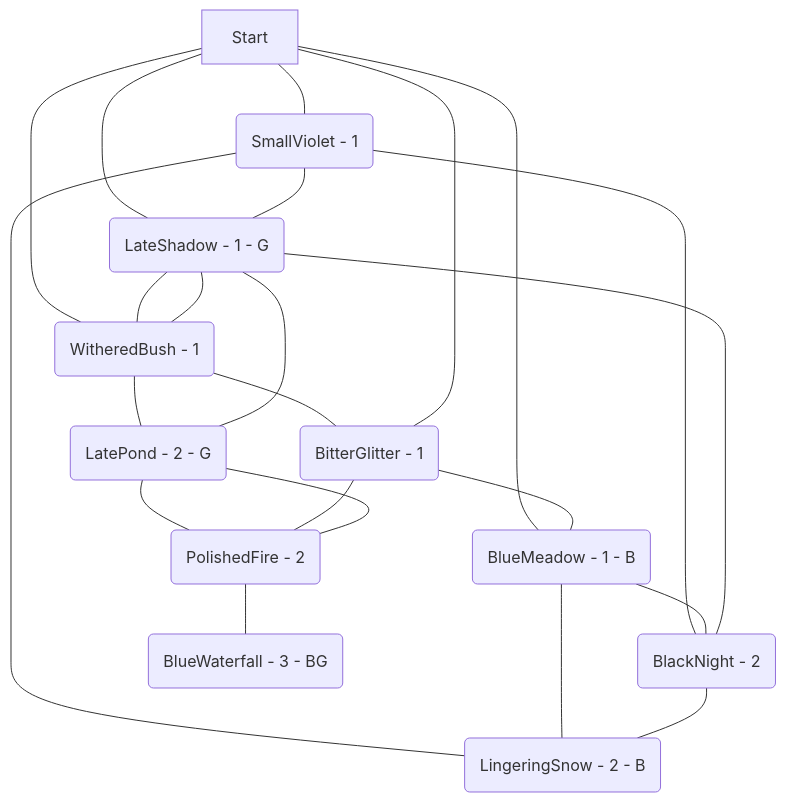
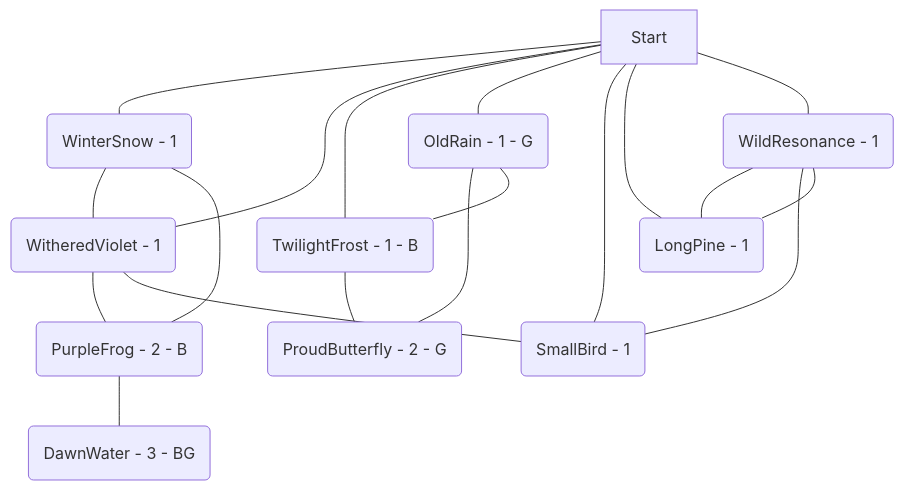
The diagram in examples/001.md (kinostl/Automatic-Liberation-Map), drawn with Mermaid before and after one commit. The commit also changed other lines of this file and 2 other files, not shown here.

````diff
--- a/examples/001.md
+++ b/examples/001.md
@@ -3,25 +3,21 @@
 ```mermaid  
 flowchart TD  
-	ludgbxYk(SmallViolet - 1) --- TPCcUVAa(LingeringSnow - 2 - B)  
-	FcToIeUW(LatePond - 2 - G) --- olmuyqQz(PolishedFire - 2)  
-	VHYDIECw(WitheredBush - 1) --- TDjiIRmf(BitterGlitter - 1)  
-	Start --- FeSEHYUB(BlueMeadow - 1 - B)  
-	ludgbxYk(SmallViolet - 1) --- mFDqOYrL(BlackNight - 2)  
-	VHYDIECw(WitheredBush - 1) --- FcToIeUW(LatePond - 2 - G)  
-	olmuyqQz(PolishedFire - 2) --- WAIOfiBb(BlueWaterfall - 3 - BG)  
-	olmuyqQz(PolishedFire - 2) --- FcToIeUW(LatePond - 2 - G)  
-	VHYDIECw(WitheredBush - 1) --- lxdIrQCk(LateShadow - 1 - G)  
-	Start --- lxdIrQCk(LateShadow - 1 - G)  
-	FeSEHYUB(BlueMeadow - 1 - B) --- TPCcUVAa(LingeringSnow - 2 - B)  
-	Start --- VHYDIECw(WitheredBush - 1)  
-	TDjiIRmf(BitterGlitter - 1) --- olmuyqQz(PolishedFire - 2)  
-	FeSEHYUB(BlueMeadow - 1 - B) --- mFDqOYrL(BlackNight - 2)  
-	lxdIrQCk(LateShadow - 1 - G) --- FcToIeUW(LatePond - 2 - G)  
-	mFDqOYrL(BlackNight - 2) --- TPCcUVAa(LingeringSnow - 2 - B)  
-	lxdIrQCk(LateShadow - 1 - G) --- VHYDIECw(WitheredBush - 1)  
-	Start --- ludgbxYk(SmallViolet - 1)  
-	Start --- TDjiIRmf(BitterGlitter - 1)  
-	lxdIrQCk(LateShadow - 1 - G) --- mFDqOYrL(BlackNight - 2)  
-	TDjiIRmf(BitterGlitter - 1) --- FeSEHYUB(BlueMeadow - 1 - B)  
-	ludgbxYk(SmallViolet - 1) --- lxdIrQCk(LateShadow - 1 - G)  
+	gZfkqPlh(WildResonance - 1) --- YKBuPFkU(LongPine - 1)  
+	YKBuPFkU(LongPine - 1) --- gZfkqPlh(WildResonance - 1)  
+	wIiAYfgM(PurpleFrog - 2 - B) --- MLKFnwVS(DawnWater - 3 - BG)  
+	Start --- iURVsxjQ(WinterSnow - 1)  
+	Start --- lgBcZPTe(WitheredViolet - 1)  
+	eWTivFbz(TwilightFrost - 1 - B) --- HLcPqNfn(ProudButterfly - 2 - G)  
+	lgBcZPTe(WitheredViolet - 1) --- wIiAYfgM(PurpleFrog - 2 - B)  
+	Start --- eWTivFbz(TwilightFrost - 1 - B)  
+	Start --- LZIVAkXO(OldRain - 1 - G)  
+	Start --- RbDlMVuz(SmallBird - 1)  
+	LZIVAkXO(OldRain - 1 - G) --- HLcPqNfn(ProudButterfly - 2 - G)  
+	iURVsxjQ(WinterSnow - 1) --- lgBcZPTe(WitheredViolet - 1)  
+	lgBcZPTe(WitheredViolet - 1) --- RbDlMVuz(SmallBird - 1)  
+	gZfkqPlh(WildResonance - 1) --- RbDlMVuz(SmallBird - 1)  
+	LZIVAkXO(OldRain - 1 - G) --- eWTivFbz(TwilightFrost - 1 - B)  
+	Start --- YKBuPFkU(LongPine - 1)  
+	iURVsxjQ(WinterSnow - 1) --- wIiAYfgM(PurpleFrog - 2 - B)  
+	Start --- gZfkqPlh(WildResonance - 1)  
 ```  
````
